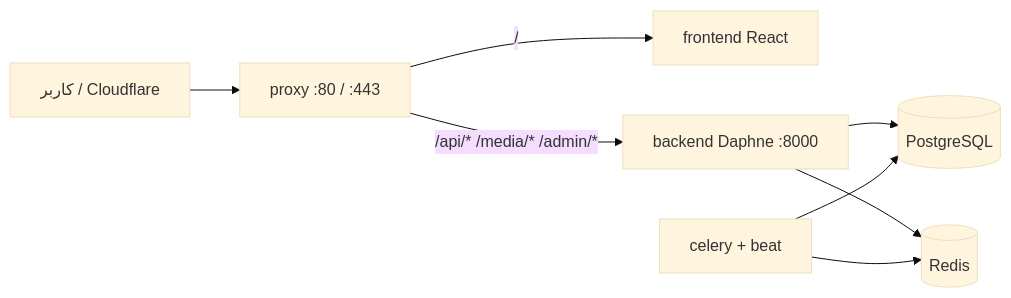
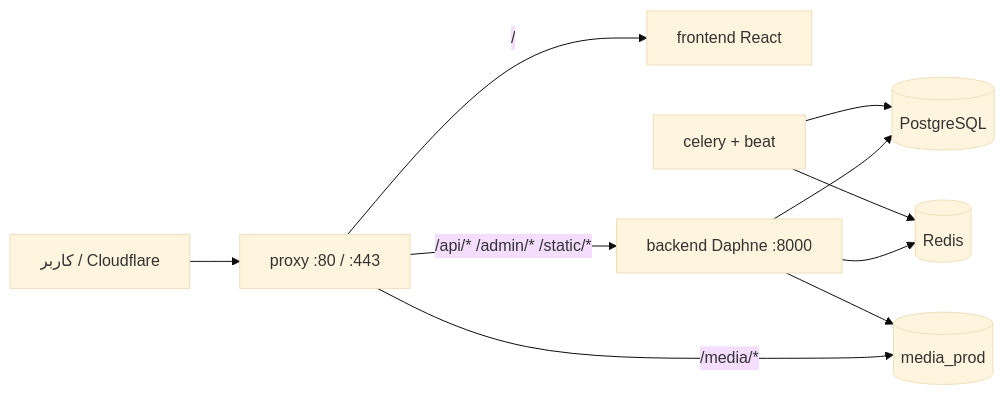
Before and after one commit to DanielMombeyni/DigiGaj: the diagram in docs/production.md, drawn with Mermaid (base theme). The commit also changed other lines of this file and 23 other files, not shown here.

````diff
--- a/docs/production.md
+++ b/docs/production.md
@@ -30,10 +30,12 @@
 ```mermaid
 flowchart LR
   User[کاربر / Cloudflare] --> Proxy[proxy :80 / :443]
   Proxy -->|"/"| Frontend[frontend React]
-  Proxy -->|"/api/* /media/* /admin/*"| Backend[backend Daphne :8000]
+  Proxy -->|"/api/* /admin/* /static/*"| Backend[backend Daphne :8000]
+  Proxy -->|"/media/*"| Media[(media_prod)]
   Backend --> DB[(PostgreSQL)]
   Backend --> Redis[(Redis)]
+  Backend --> Media
   Celery[celery + beat] --> Redis
   Celery --> DB
 ```
````
